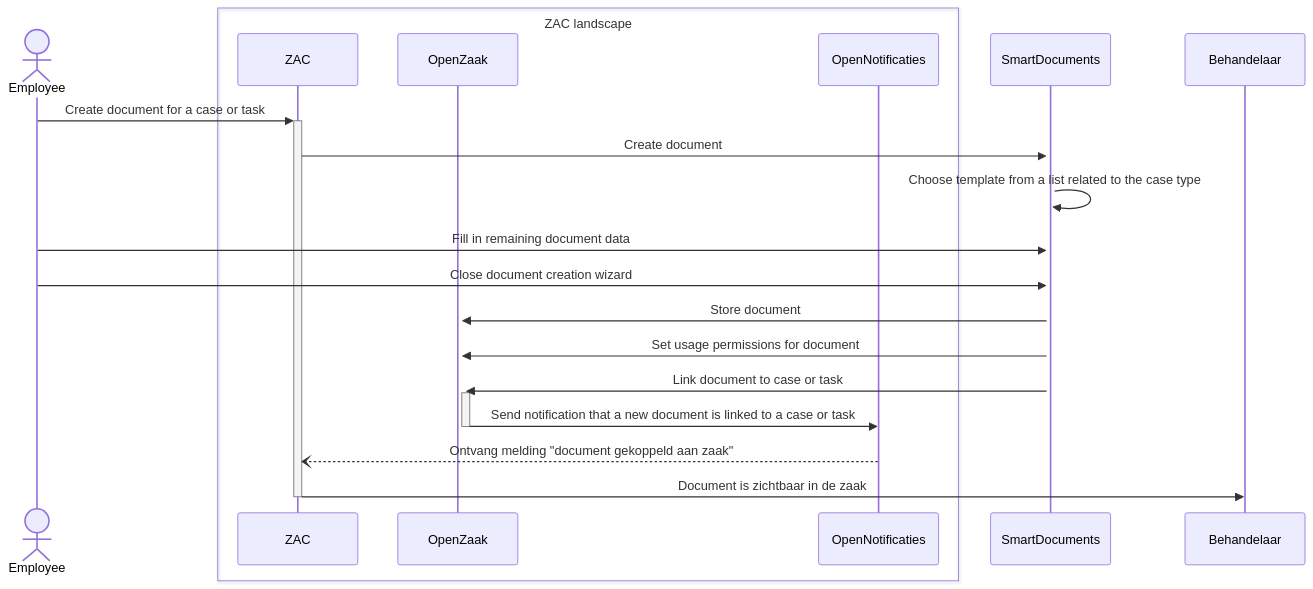
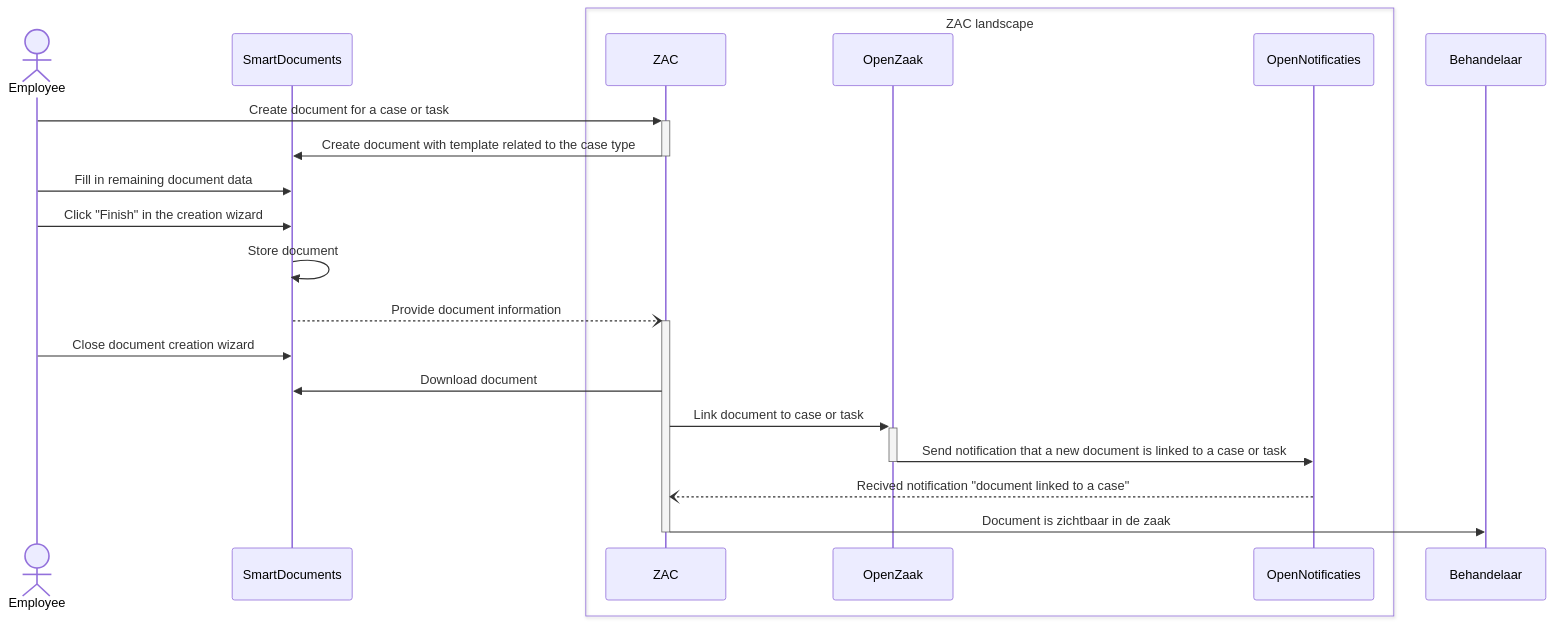
Before and after one commit to infonl/dimpact-zaakafhandelcomponent: the diagram in docs/solution-architecture/smartDocumentsIntegration.md, drawn with Mermaid. The commit also changed other lines of this file and 1 other file, not shown here.

First line of the commit message:
feature: Adapt the SmartDocuments integration documentation

````diff
--- a/docs/solution-architecture/smartDocumentsIntegration.md
+++ b/docs/solution-architecture/smartDocumentsIntegration.md
@@ -19,22 +29,26 @@
 ```mermaid
 sequenceDiagram
     actor Employee
+    participant SmartDocuments
     box ZAC landscape
-    participant ZAC
-    participant OpenZaak
-    participant OpenNotificaties
+        participant ZAC
+        participant OpenZaak
+        participant OpenNotificaties
     end
-    participant SmartDocuments
+    
+Employee->>+ZAC: Create document for a case or task
+ZAC->>SmartDocuments: Create document with template related to the case type
+deactivate ZAC 
 
-    Employee->>+ZAC: Create document for a case or task
-    ZAC->>+SmartDocuments: Create document
-    SmartDocuments->>+SmartDocuments: Choose template from a list related to the case type
-    Employee->>+SmartDocuments: Fill in remaining document data
-    Employee->>+SmartDocuments: Close document creation wizard
-    SmartDocuments->>+OpenZaak: Store document
-    SmartDocuments->>+OpenZaak: Set usage permissions for document
-    SmartDocuments->>+OpenZaak: Link document to case or task
-    OpenZaak->>-OpenNotificaties: Send notification that a new document is linked to a case or task
-    OpenNotificaties--)ZAC: Ontvang melding "document gekoppeld aan zaak"
-    ZAC->>-Behandelaar: Document is zichtbaar in de zaak
+Employee->>SmartDocuments: Fill in remaining document data
+Employee->>SmartDocuments: Click "Finish" in the creation wizard
+SmartDocuments->>SmartDocuments: Store document
+SmartDocuments--)+ZAC: Provide document information
+Employee->>SmartDocuments: Close document creation wizard
+
+ZAC->>SmartDocuments: Download document
+ZAC->>+OpenZaak: Link document to case or task
+OpenZaak->>-OpenNotificaties: Send notification that a new document is linked to a case or task
+OpenNotificaties--)ZAC: Recived notification "document linked to a case"
+ZAC->>-Behandelaar: Document is zichtbaar in de zaak
 ```
````
